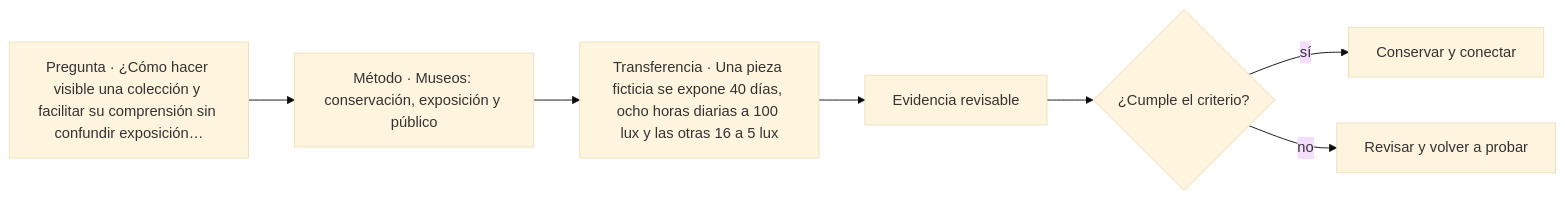
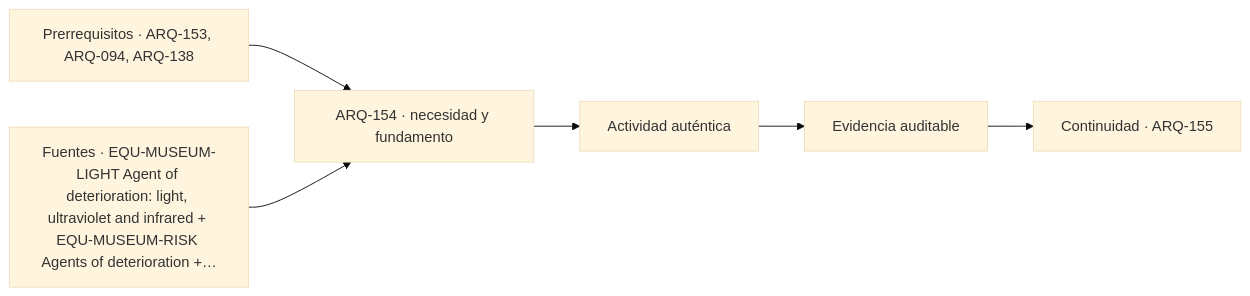
One commit to vladimiracunadev-create/architecture-built-environment-learning-program changed the diagram in classes/parte-16/ARQ-154.md. Above: the diagram before and after it, drawn with Mermaid (base theme). The commit also changed other lines of this file and 761 other files, not shown here.

````diff
--- a/classes/parte-16/ARQ-154.md
+++ b/classes/parte-16/ARQ-154.md
@@ -106,9 +118,8 @@
 ```mermaid
 flowchart LR
-    Q["Pregunta · ¿Cómo hacer visible una colección y facilitar su comprensión sin confundir exposición…"] --> M["Método · Museos: conservación, exposición y público"]
-    M --> P["Transferencia · Una pieza ficticia se expone 40 días, ocho horas diarias a 100 lux y las otras 16 a 5 lux"]
-    P --> E["Evidencia revisable"]
-    E --> C{"¿Cumple el criterio?"}
-    C -->|sí| T["Conservar y conectar"]
-    C -->|no| R["Revisar y volver a probar"]
+    A["Prerrequisitos · ARQ-153, ARQ-094, ARQ-138"] --> B["ARQ-154 · necesidad y fundamento"]
+    S["Fuentes · EQU-MUSEUM-LIGHT Agent of deterioration: light, ultraviolet and infrared + EQU-MUSEUM-RISK Agents of deterioration +…"] --> B
+    B --> C["Actividad auténtica"]
+    C --> D["Evidencia auditable"]
+    D --> E["Continuidad · ARQ-155"]
 ```
````
